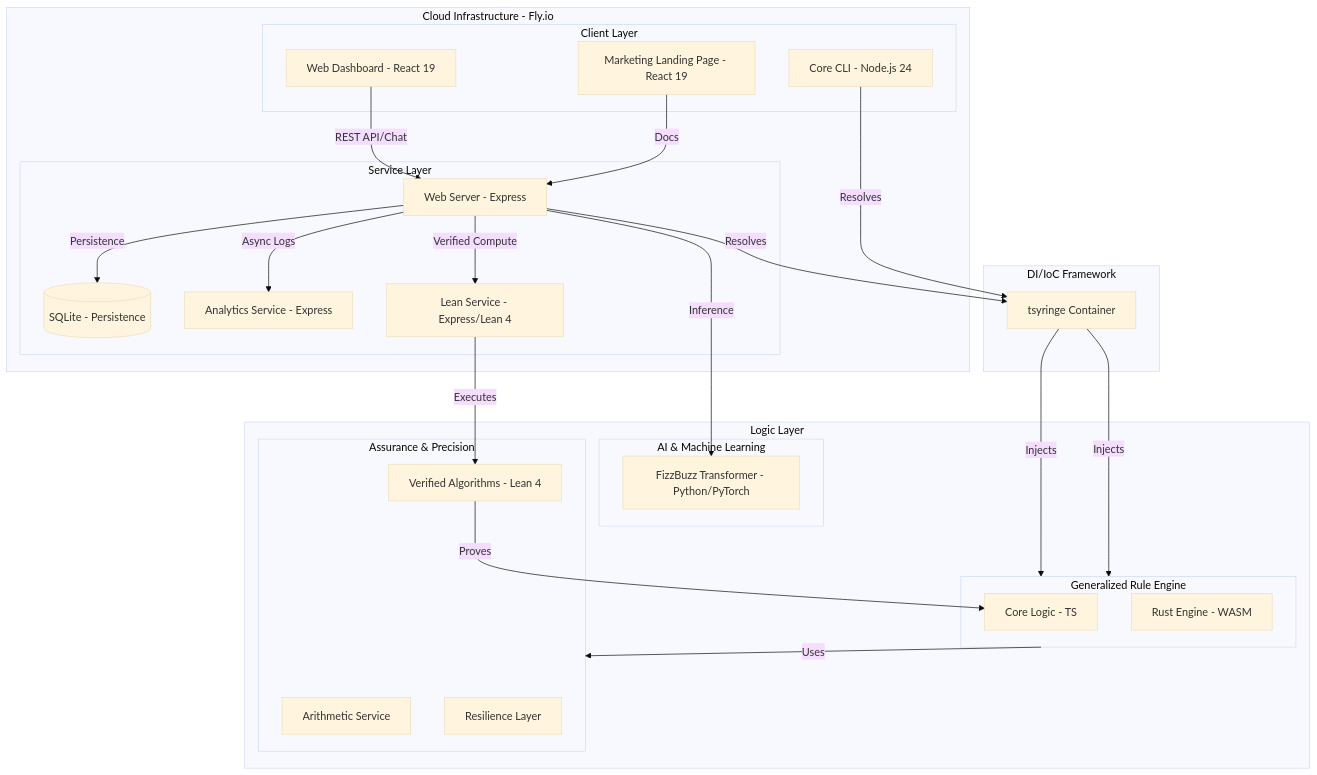
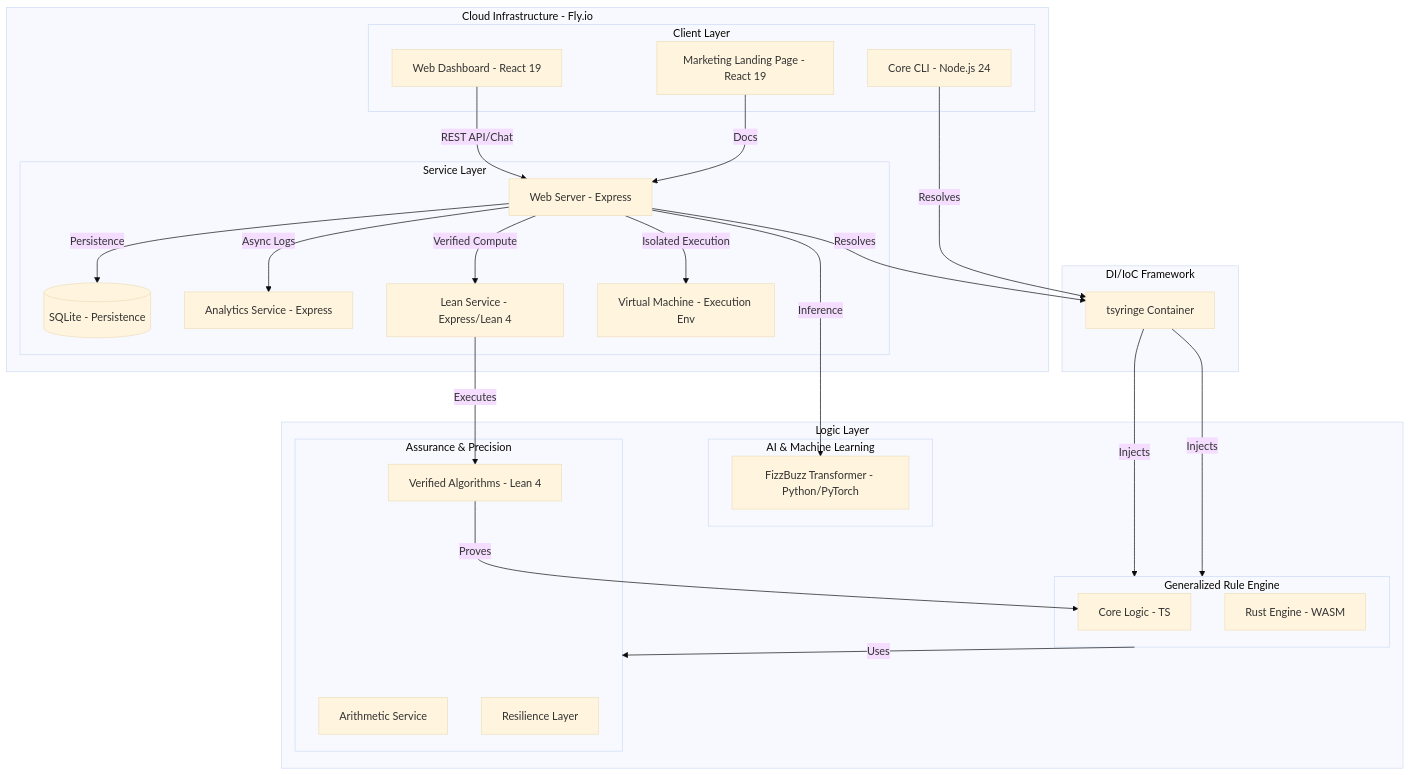
Before and after one commit to CamJohnson26/agent-first-fizzbuzz-scalable: the second of 2 diagrams in README.md, drawn with Mermaid (base theme). The commit also changed other lines of this file and 7 other files, not shown here.

````diff
--- a/README.md
+++ b/README.md
@@ -66,50 +66,52 @@
 ```mermaid
 graph TD
     subgraph Hosting [Cloud Infrastructure - Fly.io]
         subgraph Client_Layer [Client Layer]
             WD[Web Dashboard - React 19]
             LP[Marketing Landing Page - React 19]
             CLI[Core CLI - Node.js 24]
         end
 
         subgraph Service_Layer [Service Layer]
             WS[Web Server - Express]
             DB[(SQLite - Persistence)]
             AS[Analytics Service - Express]
             LS[Lean Service - Express/Lean 4]
+            VM[Virtual Machine - Execution Env]
         end
     end
 
     subgraph Logic_Layer [Logic Layer]
         subgraph Generalized_Engine [Generalized Rule Engine]
             CL[Core Logic - TS]
             RE[Rust Engine - WASM]
         end
         subgraph Machine_Learning [AI & Machine Learning]
             TF[FizzBuzz Transformer - Python/PyTorch]
         end
         subgraph Assurance_Layer [Assurance & Precision]
             ASV[Arithmetic Service]
             RL[Resilience Layer]
             VA[Verified Algorithms - Lean 4]
         end
     end
 
     subgraph DI_IoC [DI/IoC Framework]
         DI[tsyringe Container]
     end
 
     WD -- REST API/Chat --> WS
     LP -- Docs --> WS
     WS -- Persistence --> DB
     WS -- Inference --> TF
     WS -- Resolves --> DI
     DI -- Injects --> Generalized_Engine
     WS -- Async Logs --> AS
     WS -- Verified Compute --> LS
+    WS -- Isolated Execution --> VM
     CLI -- Resolves --> DI
     DI -- Injects --> Generalized_Engine
     Generalized_Engine -- Uses --> Assurance_Layer
     VA -- Proves --> CL
     LS -- Executes --> VA
 ```
````
